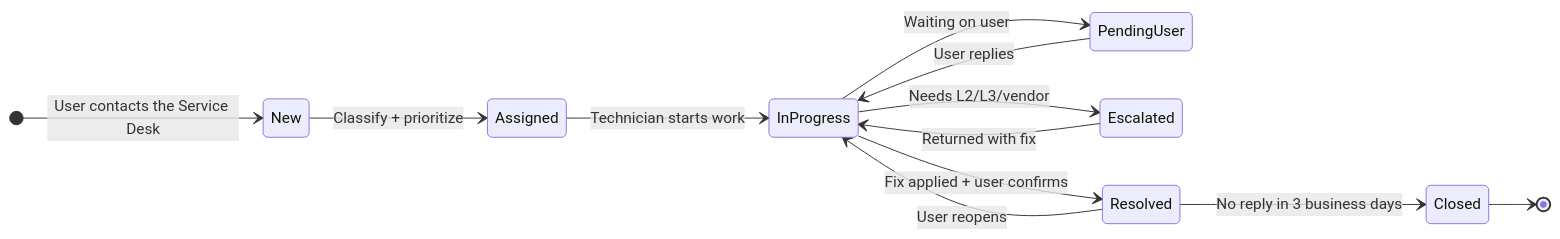
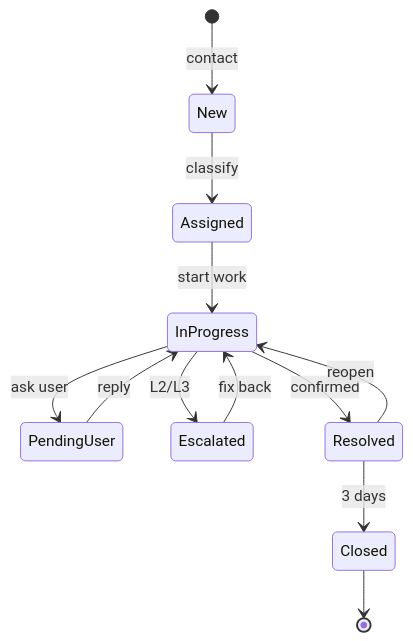
One commit to lucaswsanchez/helpdesk-kb changed the diagram in docs/processes/index.md. Above: the diagram before and after it, drawn with Mermaid. The commit also changed other lines of this file and 19 other files, not shown here.

````diff
--- a/docs/processes/index.md
+++ b/docs/processes/index.md
@@ -55,15 +52,15 @@
 ```mermaid
 stateDiagram-v2
-    direction LR
-    [*] --> New: User contacts the Service Desk
-    New --> Assigned: Classify + prioritize
-    Assigned --> InProgress: Technician starts work
-    InProgress --> PendingUser: Waiting on user
-    PendingUser --> InProgress: User replies
-    InProgress --> Escalated: Needs L2/L3/vendor
-    Escalated --> InProgress: Returned with fix
-    InProgress --> Resolved: Fix applied + user confirms
-    Resolved --> Closed: No reply in 3 business days
-    Resolved --> InProgress: User reopens
+    direction TB
+    [*] --> New: contact
+    New --> Assigned: classify
+    Assigned --> InProgress: start work
+    InProgress --> PendingUser: ask user
+    PendingUser --> InProgress: reply
+    InProgress --> Escalated: L2/L3
+    Escalated --> InProgress: fix back
+    InProgress --> Resolved: confirmed
+    Resolved --> InProgress: reopen
+    Resolved --> Closed: 3 days
     Closed --> [*]
 ```
````
